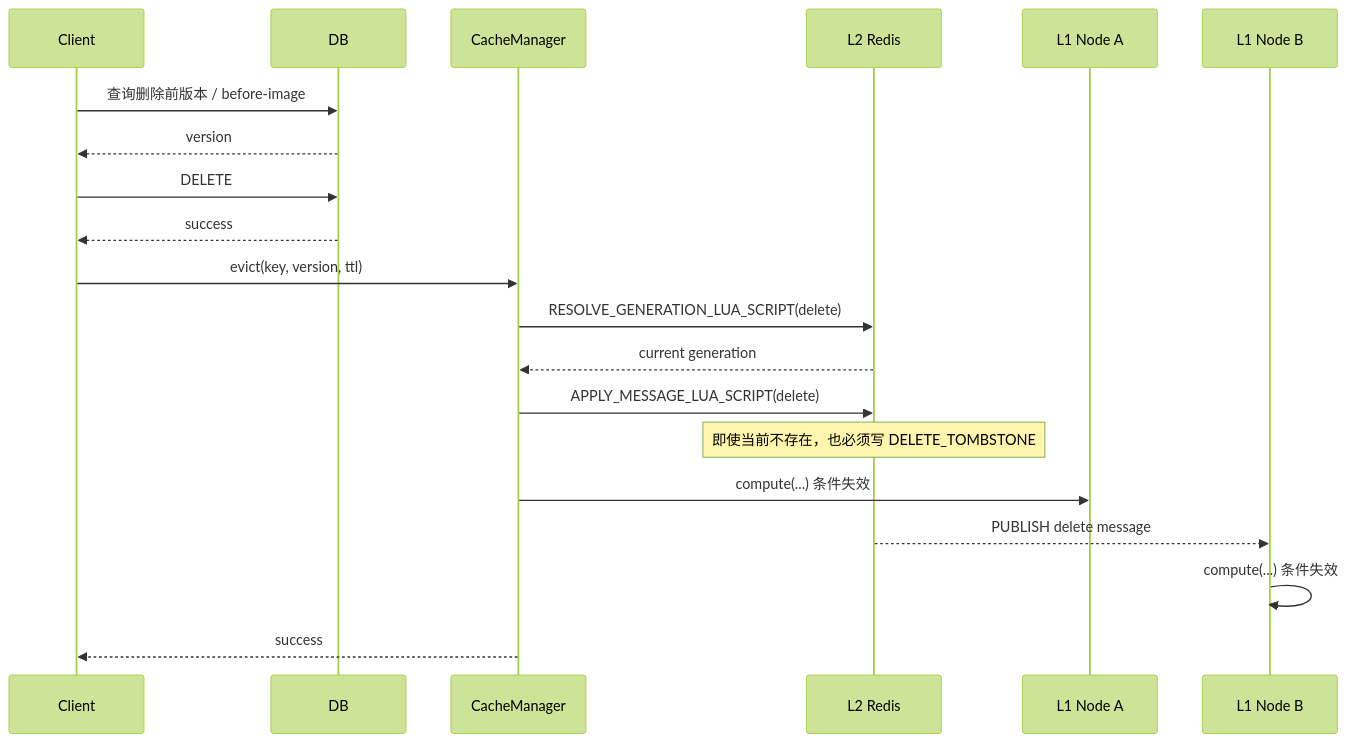
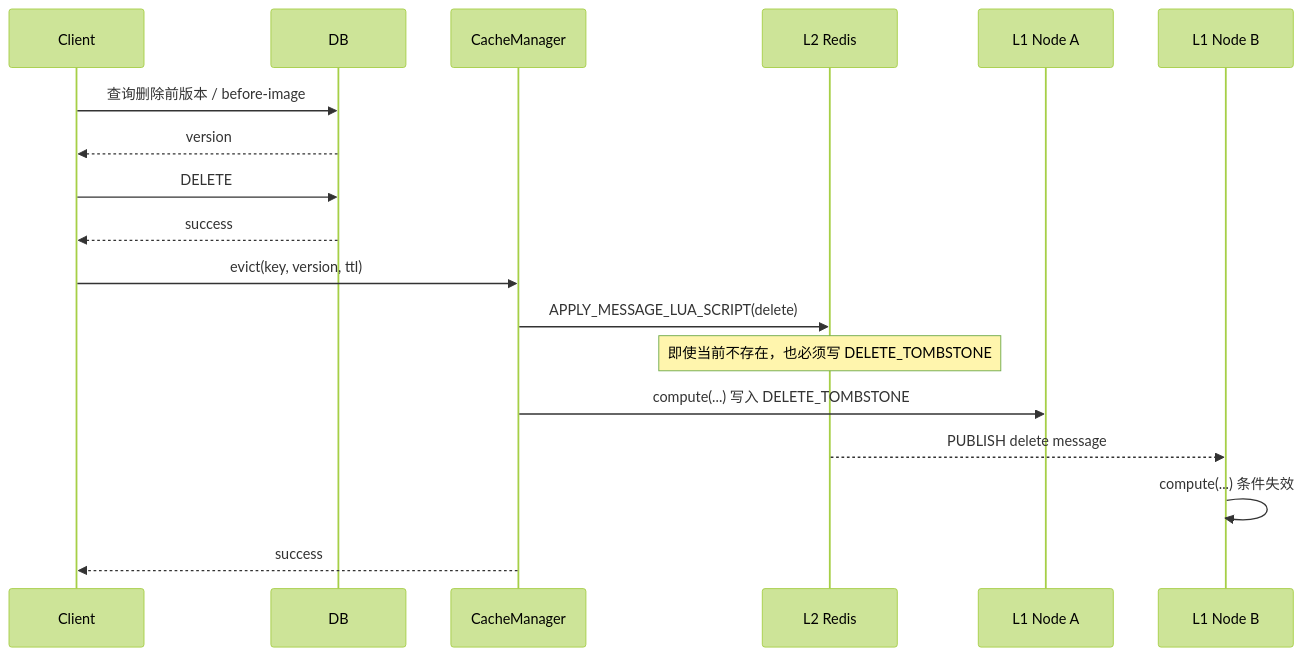
One commit to dk900912/multi-tier-cache-framework changed the seventh of 7 diagrams in README.md. Above: the diagram before and after it, drawn with Mermaid (forest theme). The commit also changed other lines of this file and 45 other files, not shown here.

````diff
--- a/README.md
+++ b/README.md
@@ -577,23 +616,21 @@
 ```mermaid
 sequenceDiagram
     participant Client
     participant DB
     participant CacheManager
     participant L2 as L2 Redis
     participant L1A as L1 Node A
     participant L1B as L1 Node B
 
     Client->>DB: 查询删除前版本 / before-image
     DB-->>Client: version
     Client->>DB: DELETE
     DB-->>Client: success
     Client->>CacheManager: evict(key, version, ttl)
-    CacheManager->>L2: RESOLVE_GENERATION_LUA_SCRIPT(delete)
-    L2-->>CacheManager: current generation
     CacheManager->>L2: APPLY_MESSAGE_LUA_SCRIPT(delete)
     Note over L2: 即使当前不存在，也必须写 DELETE_TOMBSTONE
-    CacheManager->>L1A: compute(...) 条件失效
+    CacheManager->>L1A: compute(...) 写入 DELETE_TOMBSTONE
     L2-->>L1B: PUBLISH delete message
     L1B->>L1B: compute(...) 条件失效
     CacheManager-->>Client: success
 ```
````
